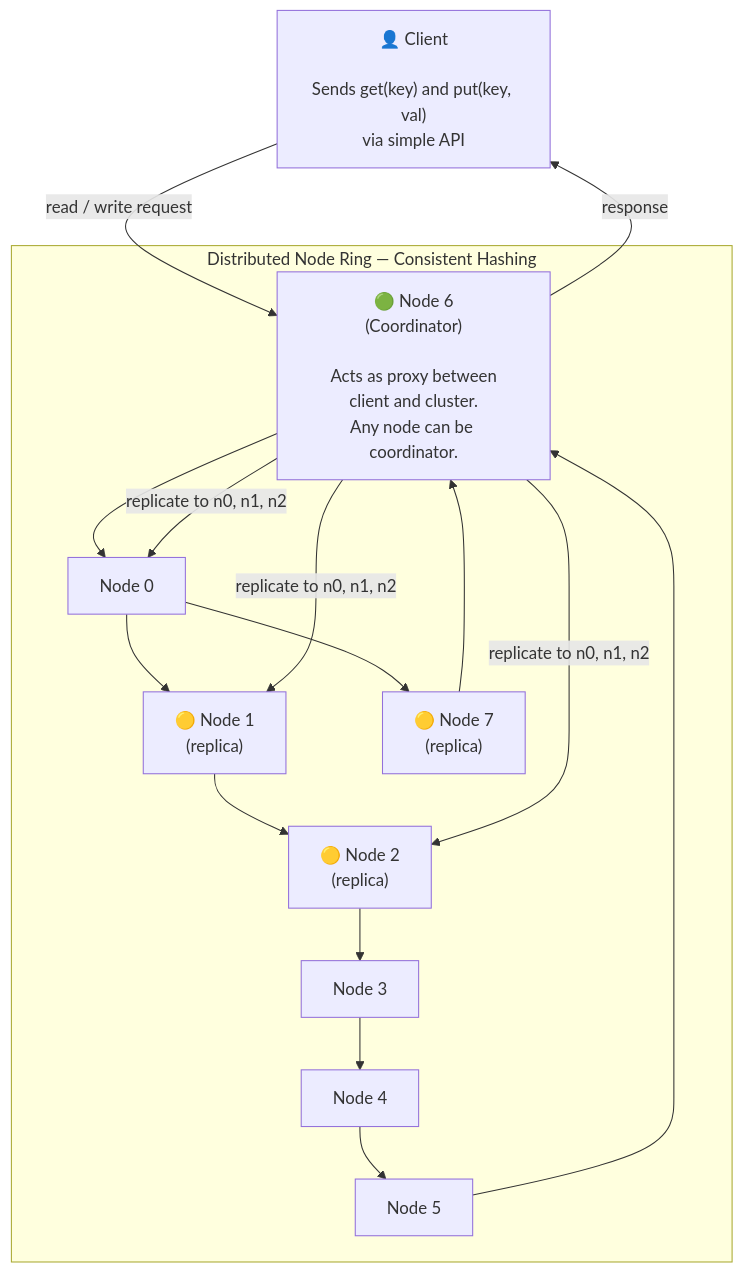
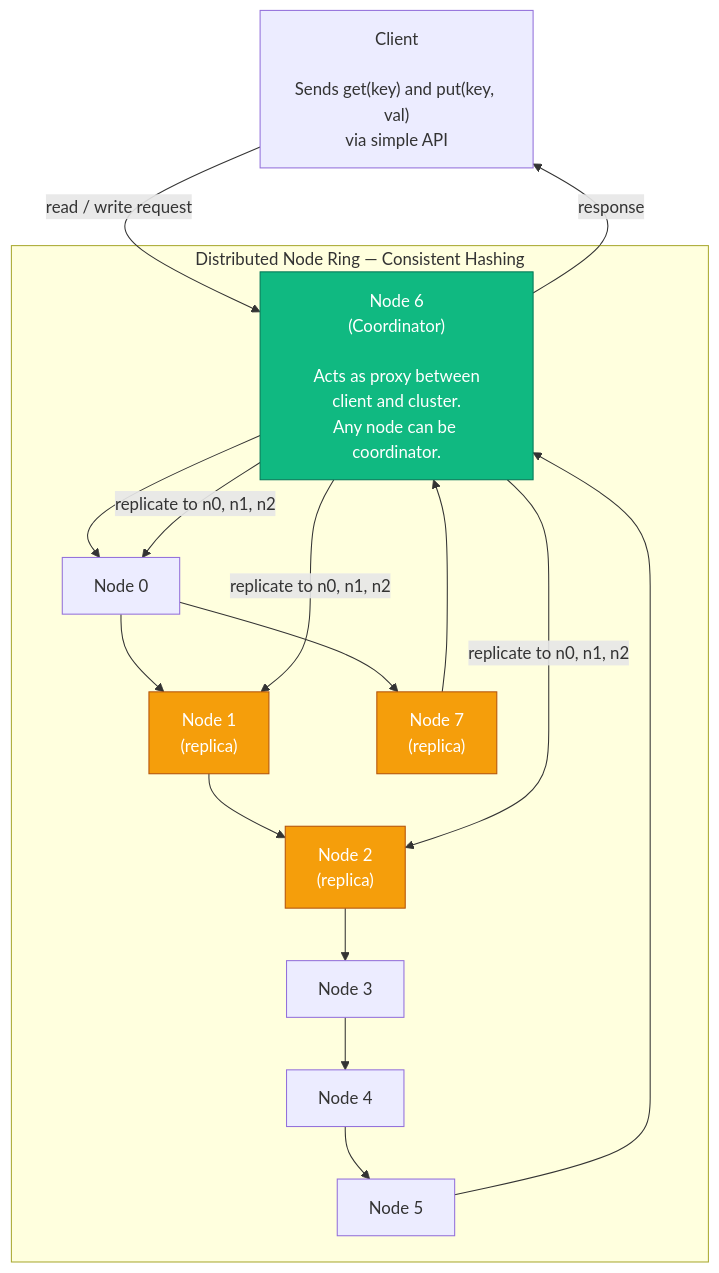
Before and after one commit to devops-monk/system-design-blog: diagram 17 of 22 in content/posts/2026/design-a-key-value-store.md, drawn with Mermaid. The commit also changed other lines of this file and 5 other files, not shown here.

````diff
--- a/content/posts/2026/design-a-key-value-store.md
+++ b/content/posts/2026/design-a-key-value-store.md
@@ -609,22 +575,26 @@
 ```mermaid
 graph TD
-    CLIENT["👤 Client\n\nSends get(key) and put(key, val)\nvia simple API"] 
+    CLIENT["Client\n\nSends get(key) and put(key, val)\nvia simple API"] 
 
     subgraph RING["Distributed Node Ring — Consistent Hashing"]
-        COORD["🟢 Node 6\n(Coordinator)\n\nActs as proxy between\nclient and cluster.\nAny node can be coordinator."]
+        COORD["Node 6\n(Coordinator)\n\nActs as proxy between\nclient and cluster.\nAny node can be coordinator."]
         N0["Node 0"]
-        N1["🟡 Node 1\n(replica)"]
-        N2["🟡 Node 2\n(replica)"]
+        N1["Node 1\n(replica)"]
+        N2["Node 2\n(replica)"]
         N3["Node 3"]
         N4["Node 4"]
         N5["Node 5"]
-        N7["🟡 Node 7\n(replica)"]
+        N7["Node 7\n(replica)"]
 
         COORD --> N0 --> N7 --> COORD
         N0 --> N1 --> N2 --> N3 --> N4 --> N5 --> COORD
     end
 
     CLIENT -->|"read / write request"| COORD
     COORD -->|"replicate to n0, n1, n2"| N0 & N1 & N2
     COORD -->|"response"| CLIENT
+    style COORD fill:#10B981,stroke:#047857,color:#fff
+    style N1 fill:#F59E0B,stroke:#B45309,color:#fff
+    style N2 fill:#F59E0B,stroke:#B45309,color:#fff
+    style N7 fill:#F59E0B,stroke:#B45309,color:#fff
 ```
````
